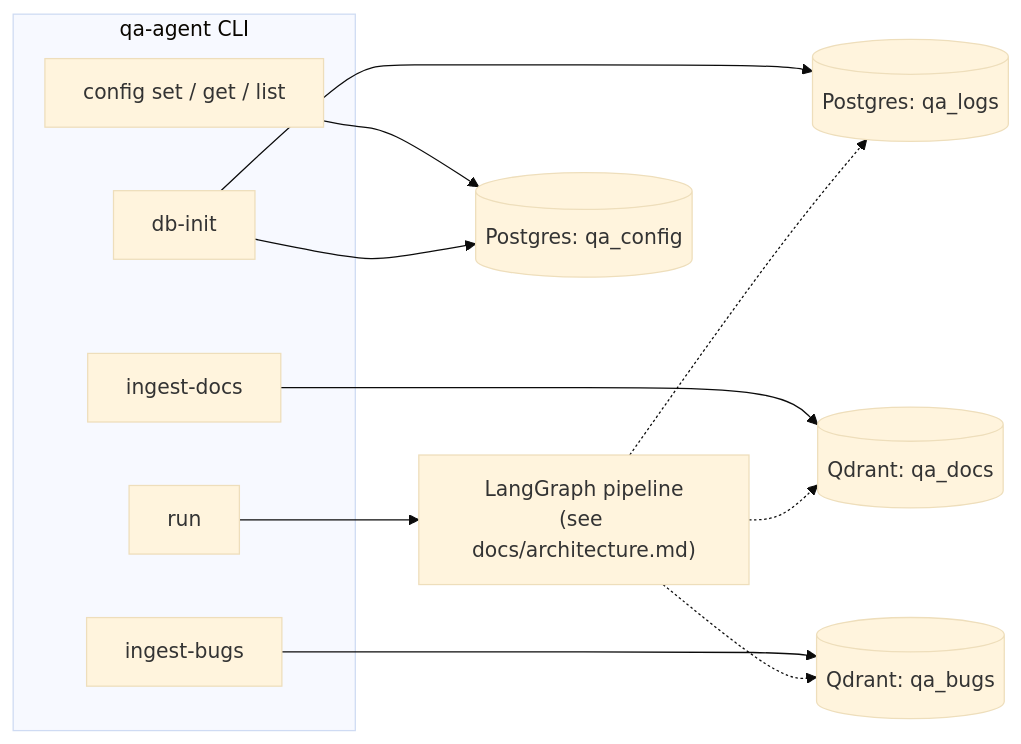
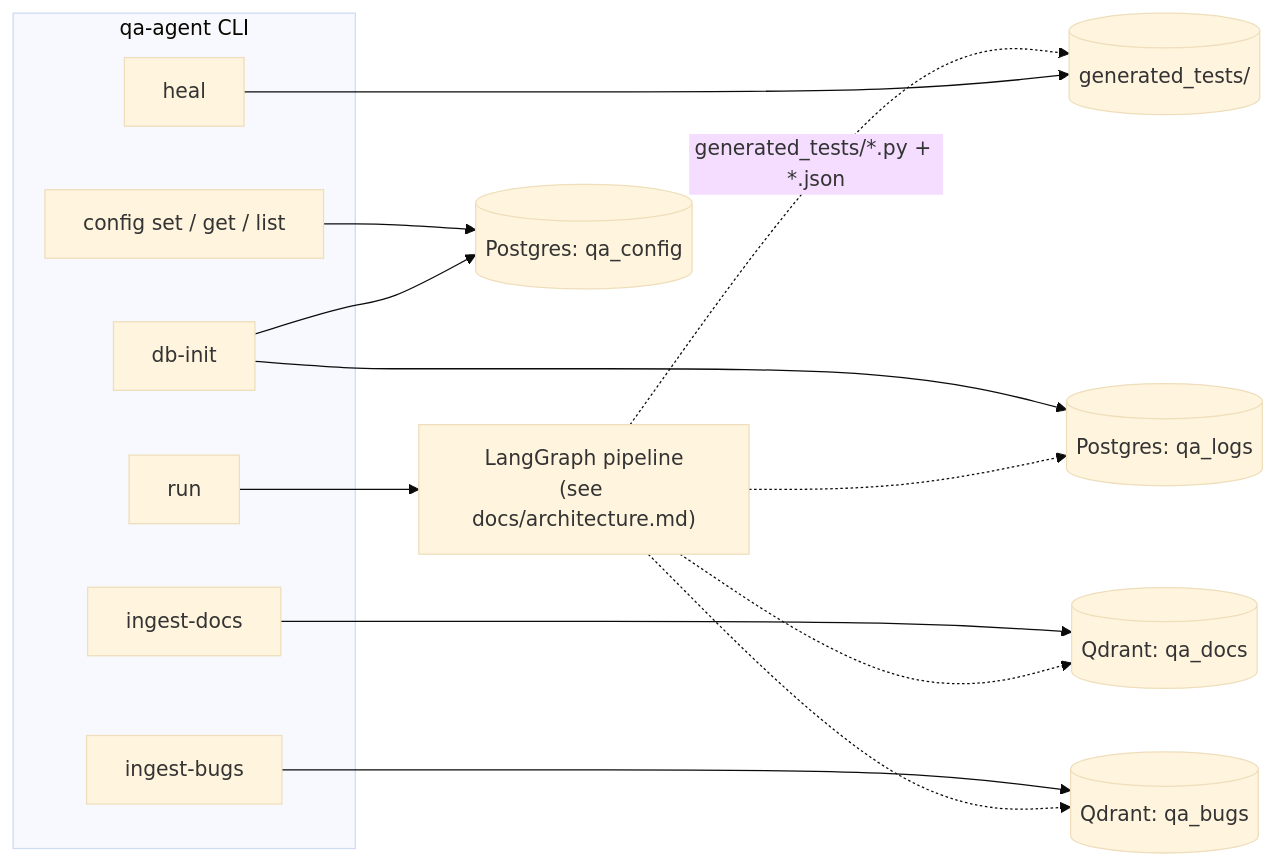
The diagram in docs/cli.md (mclubb81/ai-qa-system), drawn with Mermaid (base theme) before and after one commit. The commit also changed other lines of this file and 29 other files, not shown here.

````diff
--- a/docs/cli.md
+++ b/docs/cli.md
@@ -10,20 +10,23 @@
 ```mermaid
 flowchart LR
     subgraph CLI ["qa-agent CLI"]
         run["run"]
+        heal["heal"]
         ingestDocs["ingest-docs"]
         ingestBugs["ingest-bugs"]
         configCmds["config set / get / list"]
         dbInit["db-init"]
     end
 
     run --> Graph["LangGraph pipeline\n(see docs/architecture.md)"]
+    Graph -. "generated_tests/*.py + *.json" .-> GeneratedTests[("generated_tests/")]
+    heal --> GeneratedTests
     ingestDocs --> QdrantDocs[("Qdrant: qa_docs")]
     ingestBugs --> QdrantBugs[("Qdrant: qa_bugs")]
     configCmds --> ConfigDB[("Postgres: qa_config")]
     dbInit --> ConfigDB
     dbInit --> LogsDB[("Postgres: qa_logs")]
     Graph -.-> LogsDB
     Graph -.-> QdrantDocs
     Graph -.-> QdrantBugs
 ```
````
